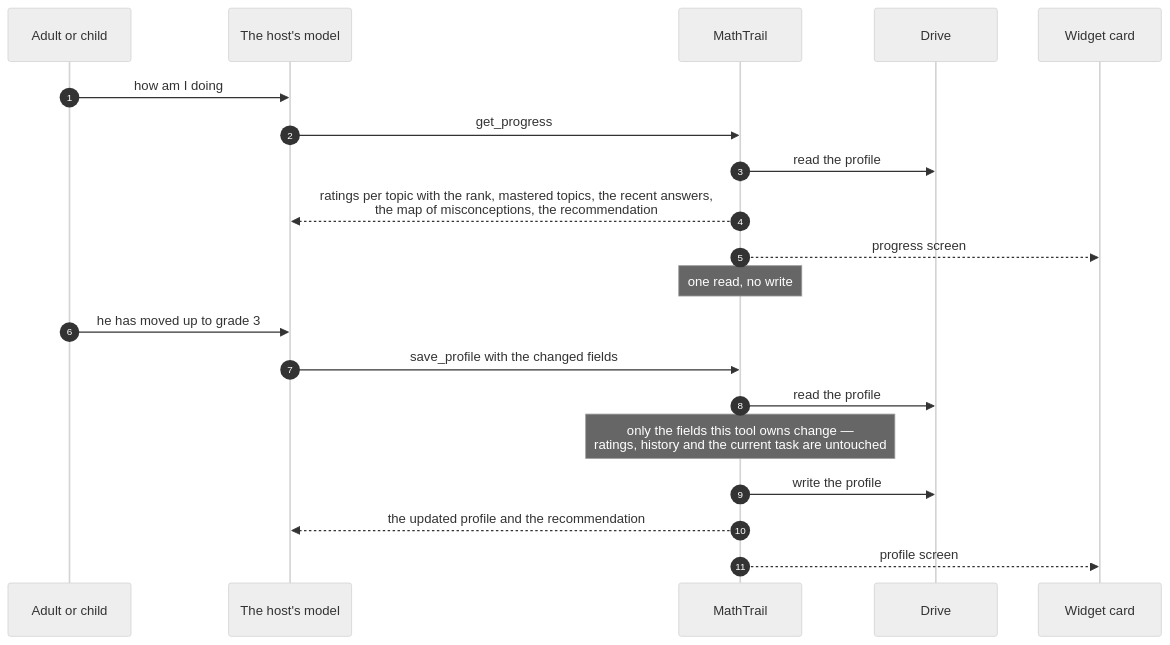
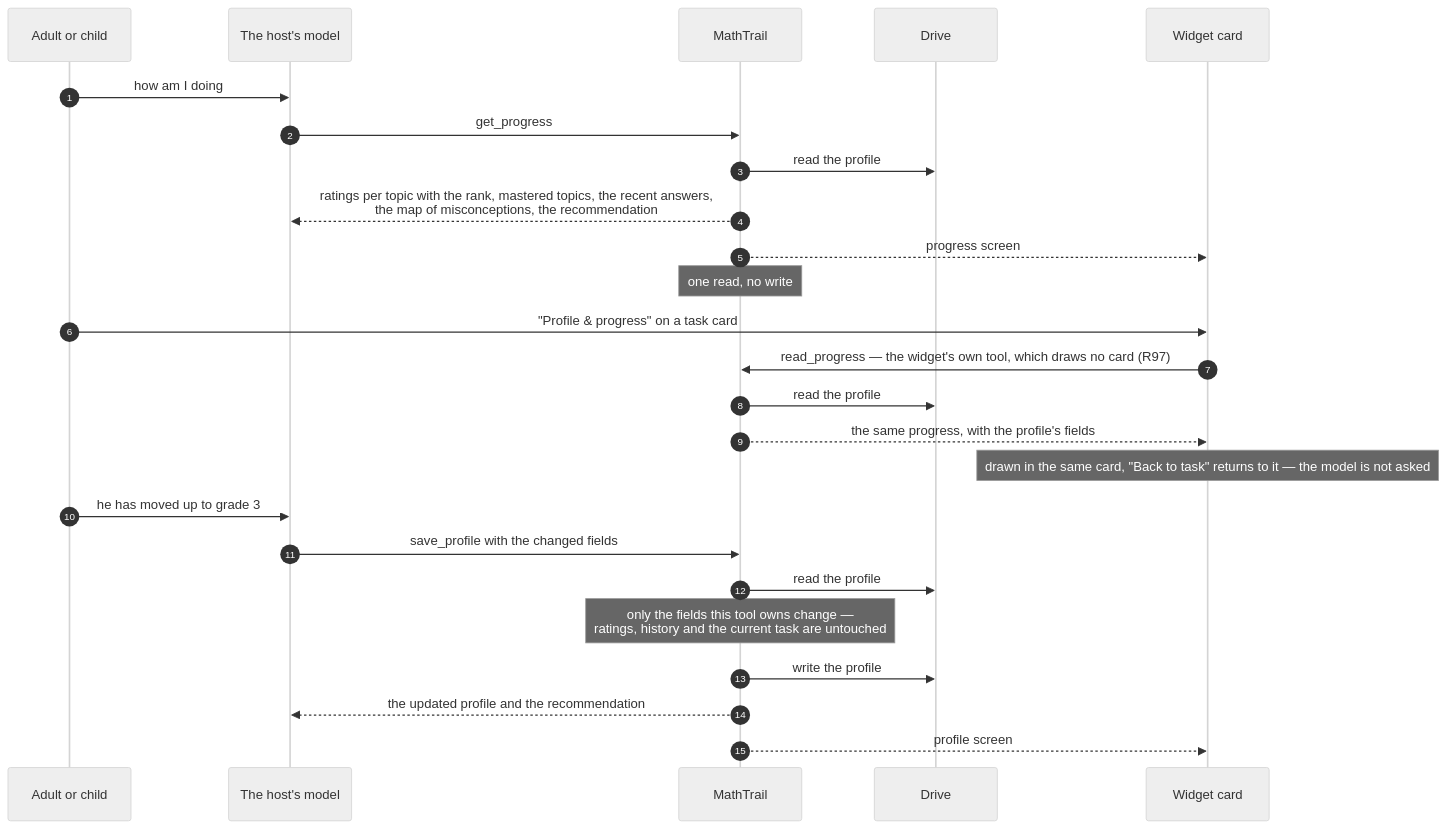
The fifth of 6 diagrams in docs/architecture/03-flows.md (MathTrail/mathtrail-standalone), drawn with Mermaid (neutral theme) before and after one commit. The commit also changed other lines of this file and 40 other files, not shown here.

Commit message:
Profile and progress tools (#45)

````diff
--- a/docs/architecture/03-flows.md
+++ b/docs/architecture/03-flows.md
@@ -176,24 +178,30 @@
 ```mermaid
 sequenceDiagram
     autonumber
     participant A as Adult or child
     participant M as The host's model
     participant MT as MathTrail
     participant D as Drive
     participant W as Widget card
 
     A->>M: how am I doing
     M->>MT: get_progress
     MT->>D: read the profile
     MT-->>M: ratings per topic with the rank, mastered topics, the recent answers,<br/>the map of misconceptions, the recommendation
     MT-->>W: progress screen
     Note over MT: one read, no write
 
+    A->>W: "Profile & progress" on a task card
+    W->>MT: read_progress — the widget's own tool, which draws no card (R97)
+    MT->>D: read the profile
+    MT-->>W: the same progress, with the profile's fields
+    Note over W: drawn in the same card, "Back to task" returns to it — the model is not asked
+
     A->>M: he has moved up to grade 3
     M->>MT: save_profile with the changed fields
     MT->>D: read the profile
     Note over MT: only the fields this tool owns change —<br/>ratings, history and the current task are untouched
     MT->>D: write the profile
     MT-->>M: the updated profile and the recommendation
     MT-->>W: profile screen
 ```
````
